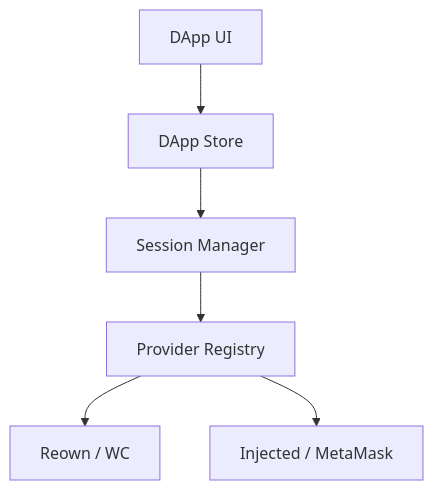
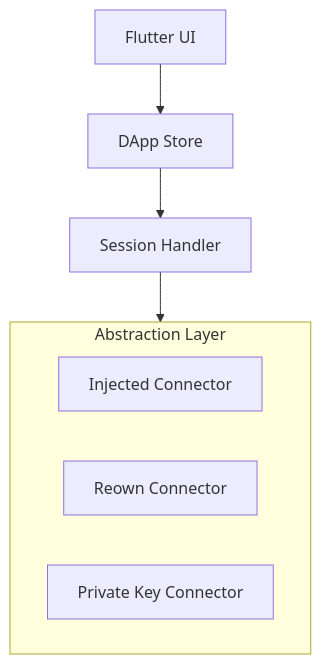
One commit to ImL1s/dart_web3 changed the diagram in dart_web3/packages/dapp/README.md. Above: the diagram before and after it, drawn with Mermaid. The commit also changed other lines of this file and 31 other files, not shown here.

````diff
--- a/dart_web3/packages/dapp/README.md
+++ b/dart_web3/packages/dapp/README.md
@@ -14,8 +17,13 @@
 ```mermaid
 graph TD
-    App[DApp UI] --> Store[DApp Store]
-    Store --> Session[Session Manager]
-    Session --> Providers[Provider Registry]
-    Providers --> Reown[Reown / WC]
-    Providers --> Injected[Injected / MetaMask]
+    UI[Flutter UI] --> Store[DApp Store]
+    Store --> Handler[Session Handler]
+    
+    subgraph Connectors [Abstraction Layer]
+        Injected[Injected Connector]
+        WC[Reown Connector]
+        Local[Private Key Connector]
+    end
+    
+    Handler --> Connectors
 ```
````
